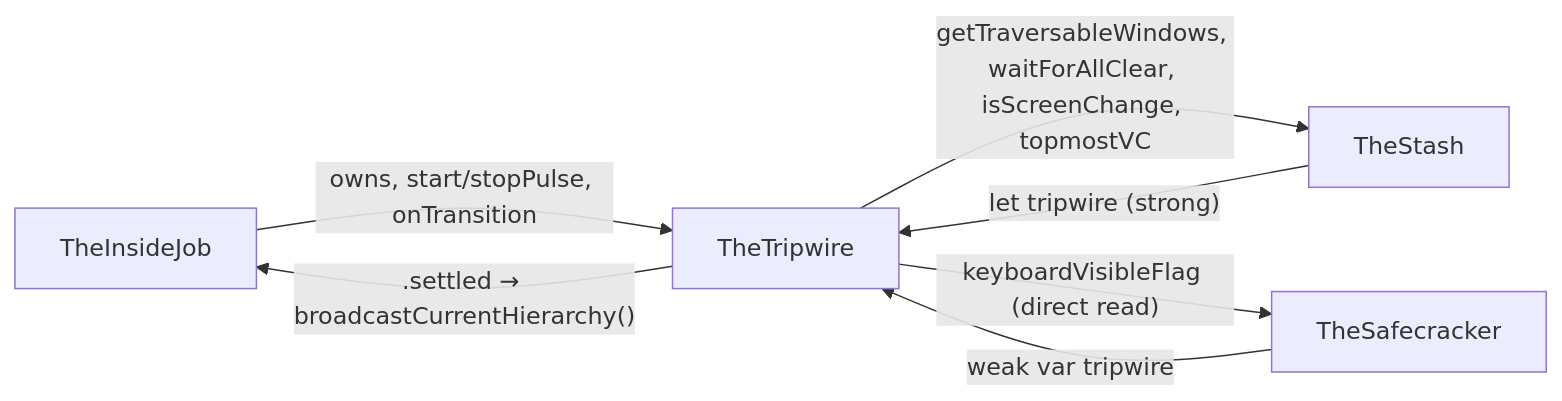
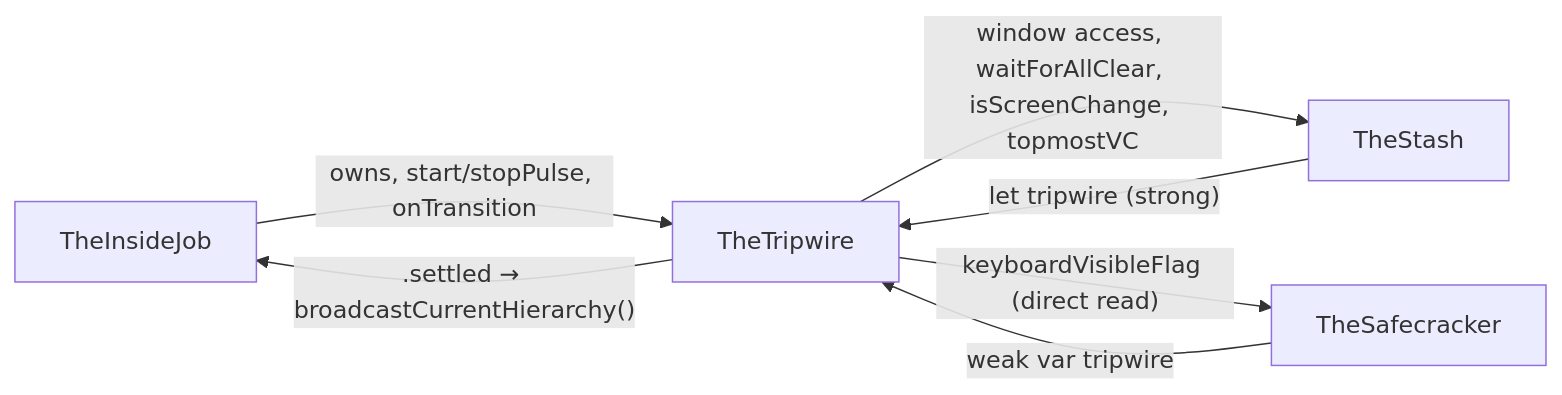
One commit to RoyalPineapple/TheButtonHeist changed the sixth of 6 diagrams in docs/dossiers/15-THETRIPWIRE.md. Above: the diagram before and after it, drawn with Mermaid. The commit also changed other lines of this file and 7 other files, not shown here.

````diff
--- a/docs/dossiers/15-THETRIPWIRE.md
+++ b/docs/dossiers/15-THETRIPWIRE.md
@@ -334,10 +343,10 @@
 ```mermaid
 graph LR
     IJ["TheInsideJob"] -->|"owns, start/stopPulse, onTransition"| TW["TheTripwire"]
     BM["TheStash"] -->|"let tripwire (strong)"| TW
     SC["TheSafecracker"] -->|"weak var tripwire"| TW
 
     TW -->|".settled → broadcastCurrentHierarchy()"| IJ
-    TW -->|"getTraversableWindows, waitForAllClear, isScreenChange, topmostVC"| BM
+    TW -->|"window access, waitForAllClear, isScreenChange, topmostVC"| BM
     TW -->|"keyboardVisibleFlag (direct read)"| SC
 ```
````
